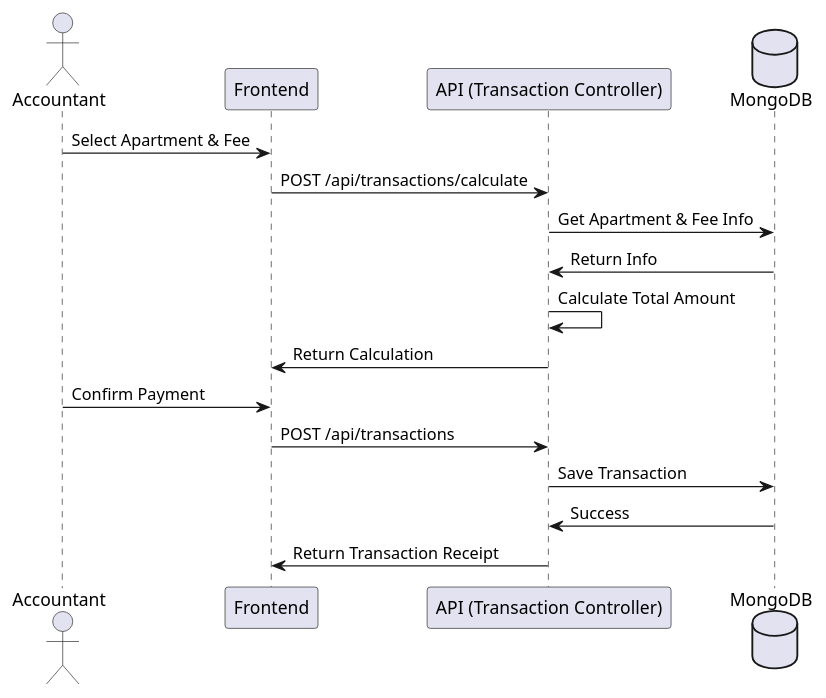
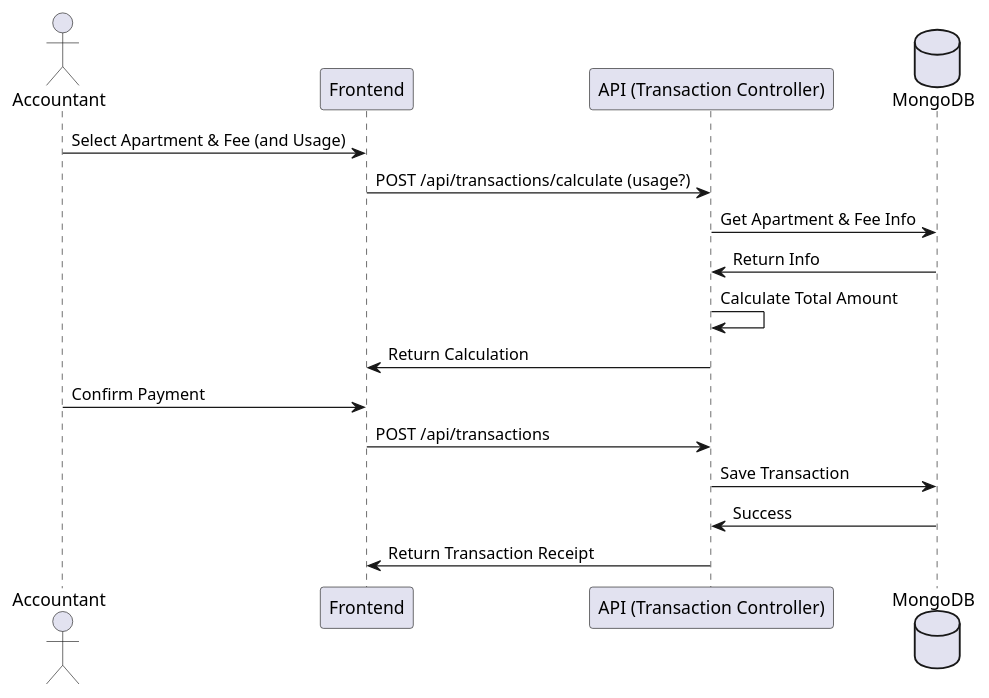
The diagram in docs/diagrams/flow_payment.puml (nqd2/bluemoon-admin-fe), drawn with PlantUML before and after one commit. The commit also changed 21 other files, not shown here.

```diff
--- a/docs/diagrams/flow_payment.puml
+++ b/docs/diagrams/flow_payment.puml
@@ -1,18 +1,18 @@
 @startuml Flow_Payment_Transaction
 actor Accountant
 participant "Frontend" as FE
 participant "API (Transaction Controller)" as API
 database "MongoDB" as DB
 
-Accountant -> FE: Select Apartment & Fee
-FE -> API: POST /api/transactions/calculate
+Accountant -> FE: Select Apartment & Fee (and Usage)
+FE -> API: POST /api/transactions/calculate (usage?)
 API -> DB: Get Apartment & Fee Info
 DB -> API: Return Info
 API -> API: Calculate Total Amount
 API -> FE: Return Calculation
 Accountant -> FE: Confirm Payment
 FE -> API: POST /api/transactions
 API -> DB: Save Transaction
 DB -> API: Success
 API -> FE: Return Transaction Receipt
 @enduml
```
